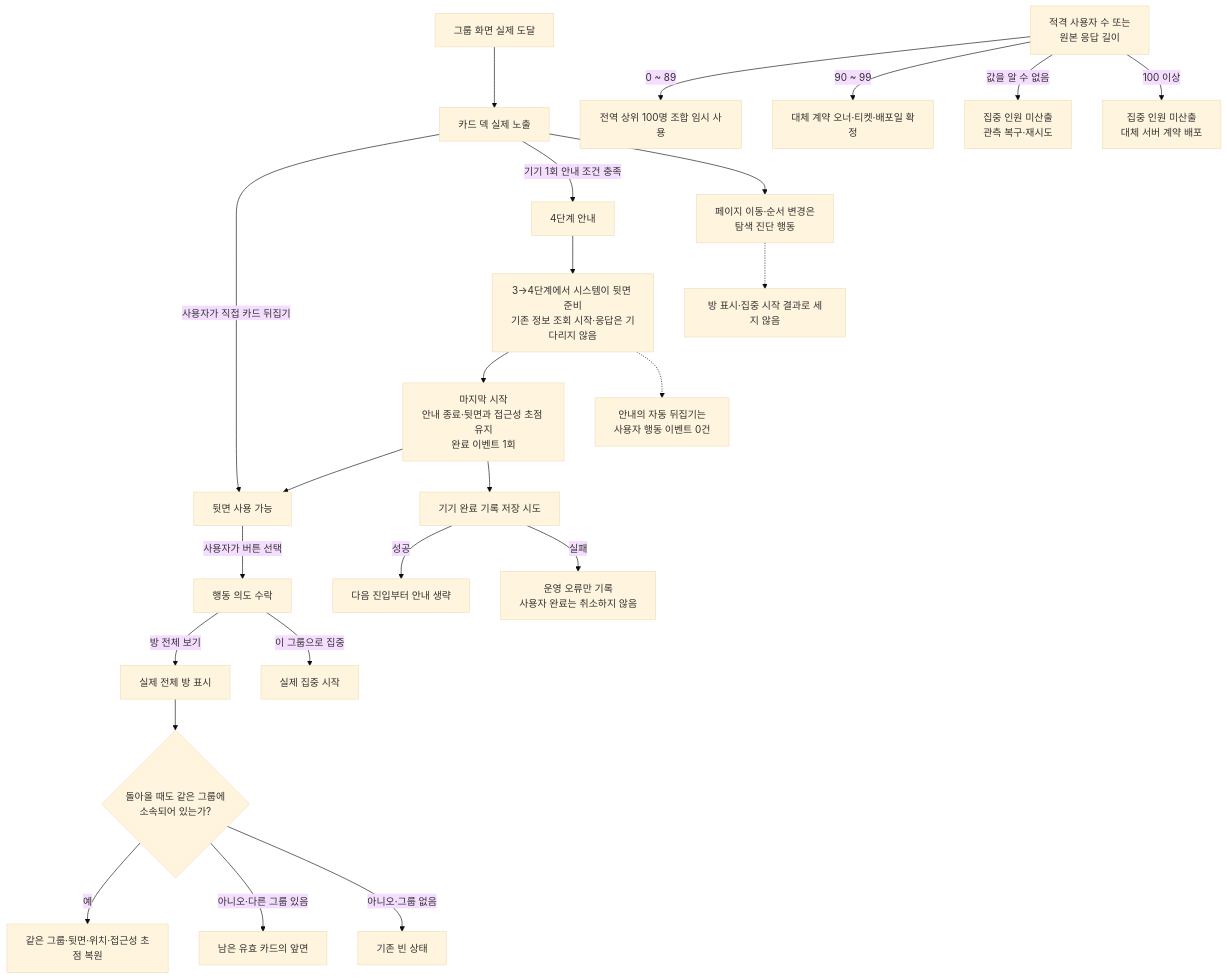
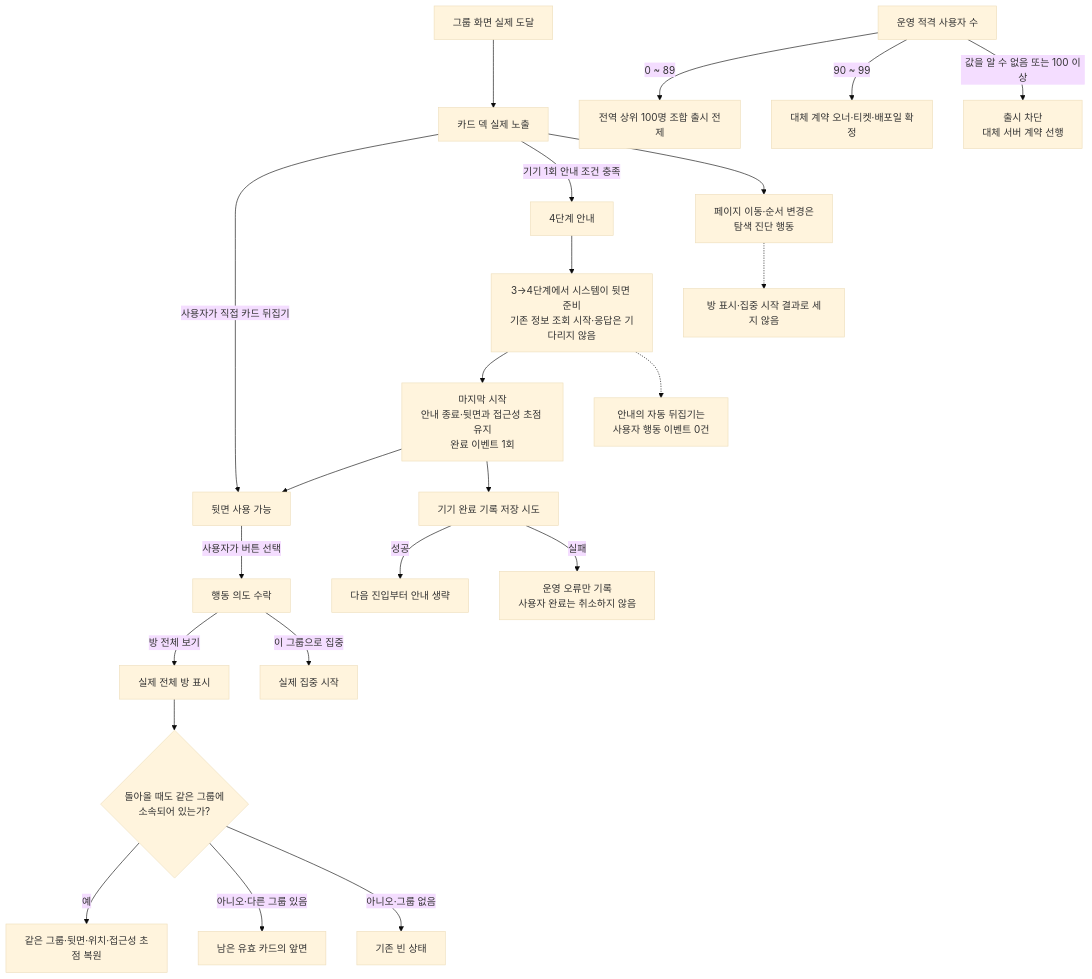
Before and after one commit to OneOrThree/phone: the fourth of 7 diagrams in docs/prd/group/features/02-my-groups/high-level-design.md, drawn with Mermaid (base theme). The commit also changed other lines of this file and 14 other files, not shown here.

````diff
--- a/docs/prd/group/features/02-my-groups/high-level-design.md
+++ b/docs/prd/group/features/02-my-groups/high-level-design.md
@@ -86,30 +86,29 @@
 ```mermaid
 flowchart TB
     A[그룹 화면 실제 도달] --> E[카드 덱 실제 노출]
     E -->|사용자가 직접 카드 뒤집기| BACK[뒷면 사용 가능]
     E -->|기기 1회 안내 조건 충족| GUIDE[4단계 안내]
     GUIDE --> DEMO[3→4단계에서 시스템이 뒷면 준비\n기존 정보 조회 시작·응답은 기다리지 않음]
     DEMO --> COMPLETE[마지막 시작\n안내 종료·뒷면과 접근성 초점 유지\n완료 이벤트 1회]
     COMPLETE --> BACK
     COMPLETE --> PERSIST[기기 완료 기록 저장 시도]
     PERSIST -->|성공| SAVED[다음 진입부터 안내 생략]
     PERSIST -->|실패| WRITE_ERROR[운영 오류만 기록\n사용자 완료는 취소하지 않음]
 
     BACK -->|사용자가 버튼 선택| INTENT[행동 의도 수락]
     INTENT -->|방 전체 보기| ROOM[실제 전체 방 표시]
     INTENT -->|이 그룹으로 집중| FOCUS[실제 집중 시작]
 
     ROOM --> S{돌아올 때도 같은 그룹에\n소속되어 있는가?}
     S -->|예| T[같은 그룹·뒷면·위치·접근성 초점 복원]
     S -->|아니오·다른 그룹 있음| U[남은 유효 카드의 앞면]
     S -->|아니오·그룹 없음| V[기존 빈 상태]
 
     DEMO -.-> W[안내의 자동 뒤집기는\n사용자 행동 이벤트 0건]
     E --> DIAG[페이지 이동·순서 변경은\n탐색 진단 행동]
     DIAG -.-> NO_RESULT[방 표시·집중 시작 결과로 세지 않음]
 
-    Z[적격 사용자 수 또는\n원본 응답 길이] -->|0 ~ 89| TEMP[전역 상위 100명 조합 임시 사용]
+    Z[운영 적격 사용자 수] -->|0 ~ 89| TEMP[전역 상위 100명 조합 출시 전제]
     Z -->|90 ~ 99| PREPARE[대체 계약 오너·티켓·배포일 확정]
-    Z -->|값을 알 수 없음| OBSERVE[집중 인원 미산출\n관측 복구·재시도]
-    Z -->|100 이상| SWITCH[집중 인원 미산출\n대체 서버 계약 배포]
+    Z -->|값을 알 수 없음 또는 100 이상| SWITCH[출시 차단\n대체 서버 계약 선행]
 ```
````
